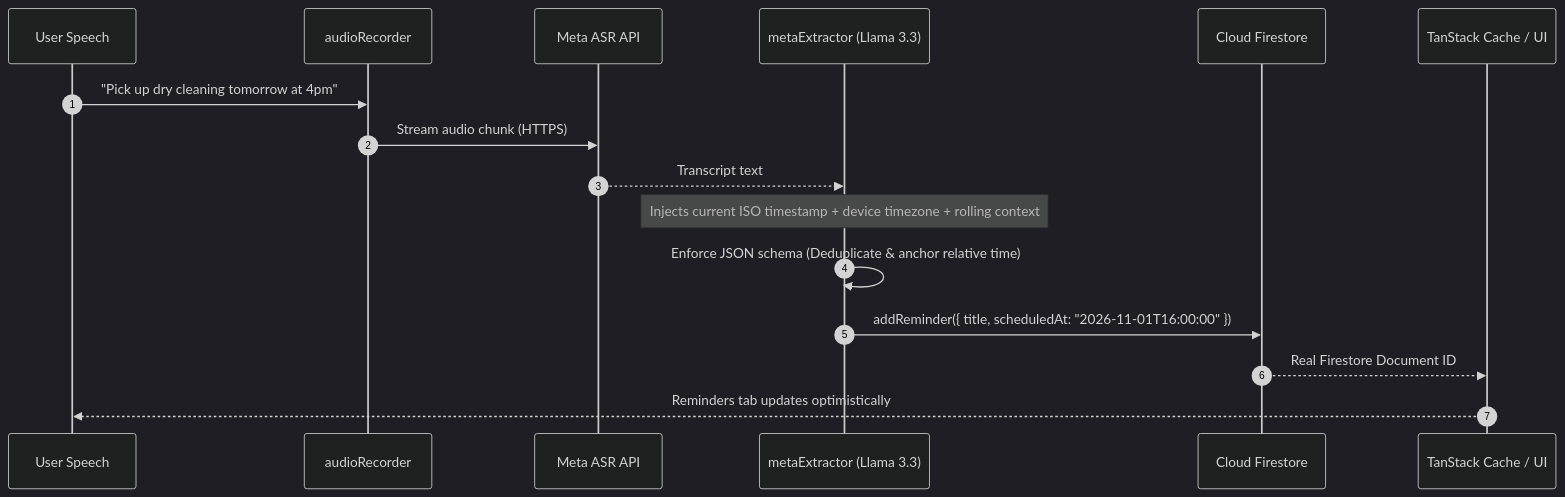
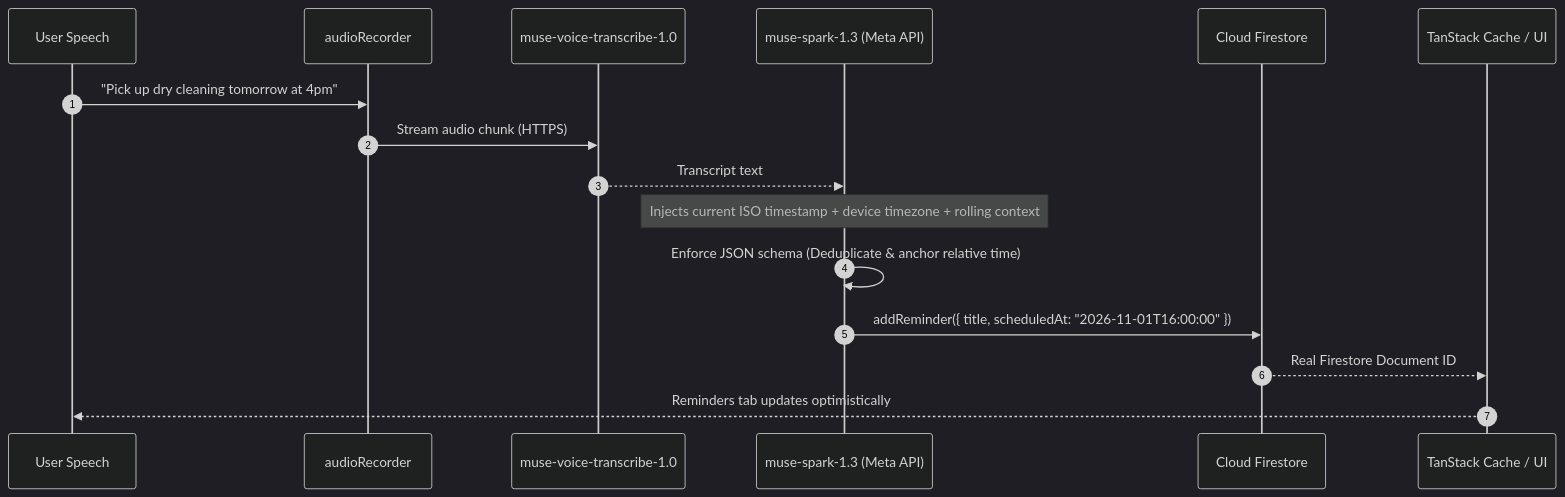
The second of 2 diagrams in README.md (abrahamebij/ranti), drawn with Mermaid (dark theme) before and after one commit. The commit also changed other lines of this file, not shown here.

Commit message:
docs: correct Meta Model API model names (muse-spark-1.3, muse-voice-transcribe-1.0) and file paths

````diff
--- a/README.md
+++ b/README.md
@@ -202,19 +204,19 @@
 ```mermaid
 sequenceDiagram
     autonumber
     participant User as User Speech
     participant Rec as audioRecorder
-    participant MetaASR as Meta ASR API
-    participant Extractor as metaExtractor (Llama 3.3)
+    participant MetaASR as muse-voice-transcribe-1.0
+    participant Extractor as muse-spark-1.3 (Meta API)
     participant Storage as Cloud Firestore
     participant UI as TanStack Cache / UI
 
     User->>Rec: "Pick up dry cleaning tomorrow at 4pm"
     Rec->>MetaASR: Stream audio chunk (HTTPS)
     MetaASR-->>Extractor: Transcript text
     Note over Extractor: Injects current ISO timestamp + device timezone + rolling context
     Extractor->>Extractor: Enforce JSON schema (Deduplicate & anchor relative time)
     Extractor->>Storage: addReminder({ title, scheduledAt: "2026-11-01T16:00:00" })
     Storage-->>UI: Real Firestore Document ID
     UI-->>User: Reminders tab updates optimistically
 ```
````
